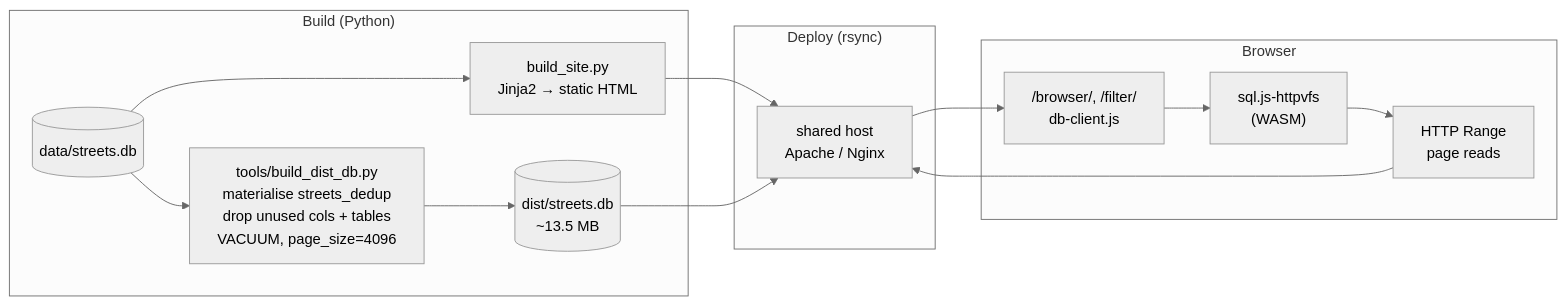
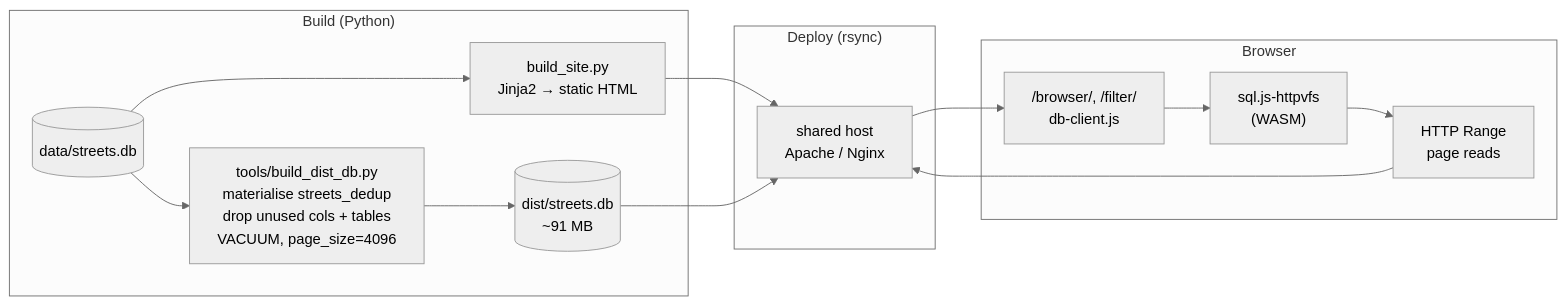
The third of 5 diagrams in README.md (gov2-ro/nume-strazi), drawn with Mermaid (neutral theme) before and after one commit. The commit also changed other lines of this file and 22 other files, not shown here.

````diff
--- a/README.md
+++ b/README.md
@@ -158,25 +172,25 @@
 ```mermaid
 flowchart LR
   subgraph build["Build (Python)"]
     DB[("data/streets.db")]
     SITE["build_site.py<br/>Jinja2 → static HTML"]
     SLIM["tools/build_dist_db.py<br/>materialise streets_dedup<br/>drop unused cols + tables<br/>VACUUM, page_size=4096"]
-    DIST[("dist/streets.db<br/>~13.5 MB")]
+    DIST[("dist/streets.db<br/>~91 MB")]
   end
   subgraph dep["Deploy (rsync)"]
     HOST["shared host<br/>Apache / Nginx"]
   end
   subgraph runtime["Browser"]
     PAGE["/browser/, /filter/<br/>db-client.js"]
     WASM["sql.js-httpvfs<br/>(WASM)"]
     RANGE["HTTP Range<br/>page reads"]
   end
 
   DB --> SITE
   DB --> SLIM --> DIST
   SITE --> HOST
   DIST --> HOST
   HOST --> PAGE
   PAGE --> WASM
   WASM --> RANGE --> HOST
 ```
````
